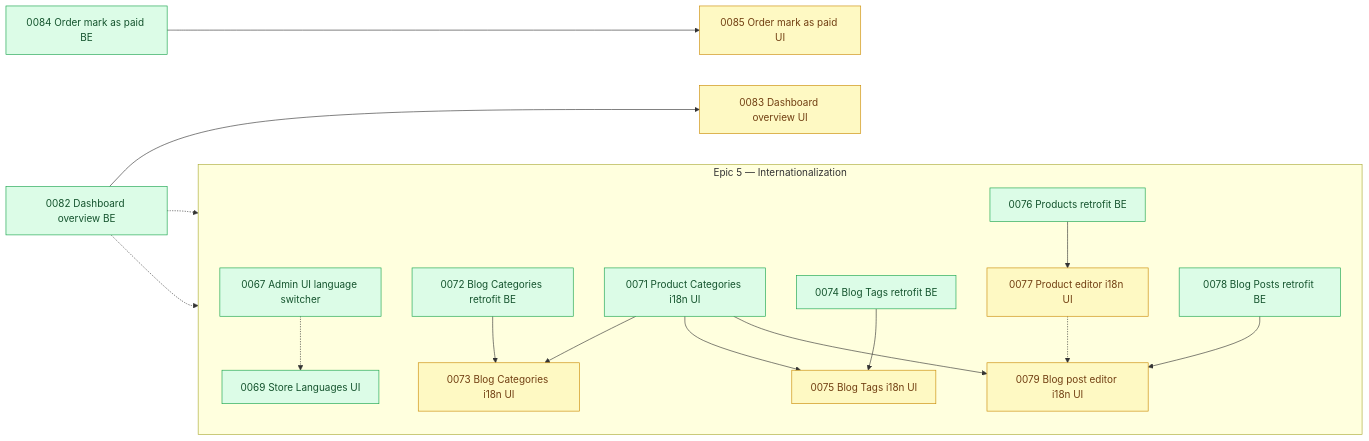
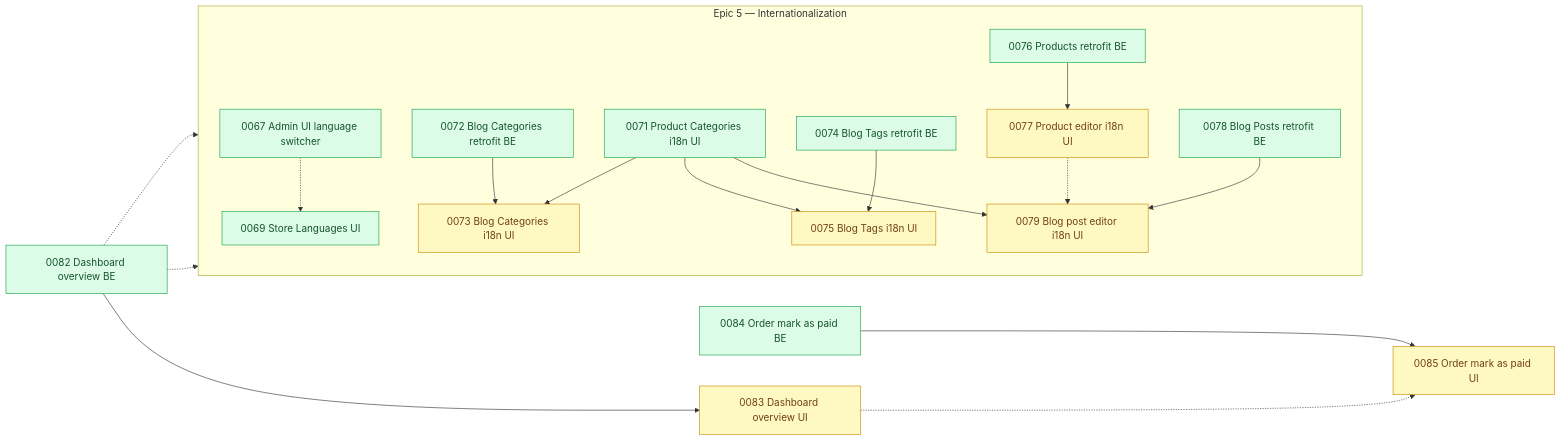
The diagram in arospe/ai-spec/tasks-map.md (shojen/AI4Devs-finalproject), drawn with Mermaid before and after one commit. The commit also changed other lines of this file and 3 other files, not shown here.

```diff
--- a/arospe/ai-spec/tasks-map.md
+++ b/arospe/ai-spec/tasks-map.md
@@ -538,6 +544,7 @@
     P0077 -.-> P0079
     P0082 --> P0083
     P0084 --> P0085
+    P0083 -.-> P0085
     P0082 -.-> P0076
     P0082 -.-> P0078
 
```
